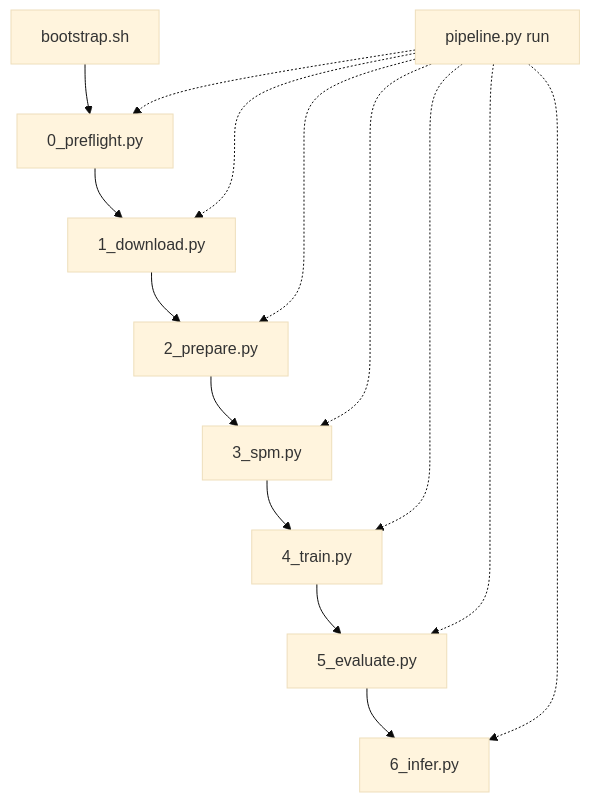
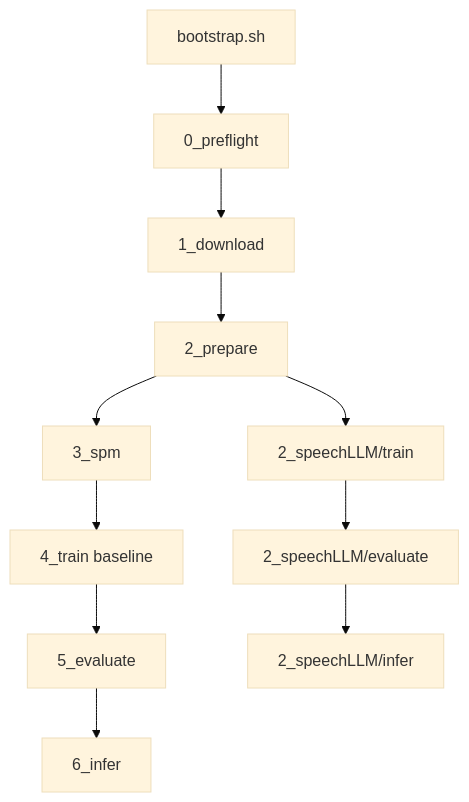
The diagram in README.md (crispyfunicular/Pantagruel_S3T), drawn with Mermaid (base theme) before and after one commit. The commit also changed other lines of this file and 61 other files, not shown here.

````diff
--- a/README.md
+++ b/README.md
@@ -95,17 +75,13 @@
 ```mermaid
 flowchart TD
-  bootstrap["bootstrap.sh"] --> preflight["0_preflight.py"]
-  preflight --> download["1_download.py"]
-  download --> prepare["2_prepare.py"]
-  prepare --> spm["3_spm.py"]
-  spm --> train["4_train.py"]
-  train --> evaluate["5_evaluate.py"]
-  evaluate --> infer["6_infer.py"]
-  orchestrator["pipeline.py run"] -.-> preflight
-  orchestrator -.-> download
-  orchestrator -.-> prepare
-  orchestrator -.-> spm
-  orchestrator -.-> train
-  orchestrator -.-> evaluate
-  orchestrator -.-> infer
+  bootstrap["bootstrap.sh"] --> preflight["0_preflight"]
+  preflight --> download["1_download"]
+  download --> prepare["2_prepare"]
+  prepare --> spm["3_spm"]
+  spm --> train_st["4_train baseline"]
+  train_st --> eval_st["5_evaluate"]
+  eval_st --> infer_st["6_infer"]
+  prepare --> train_llm["2_speechLLM/train"]
+  train_llm --> eval_llm["2_speechLLM/evaluate"]
+  eval_llm --> infer_llm["2_speechLLM/infer"]
 ```
````
